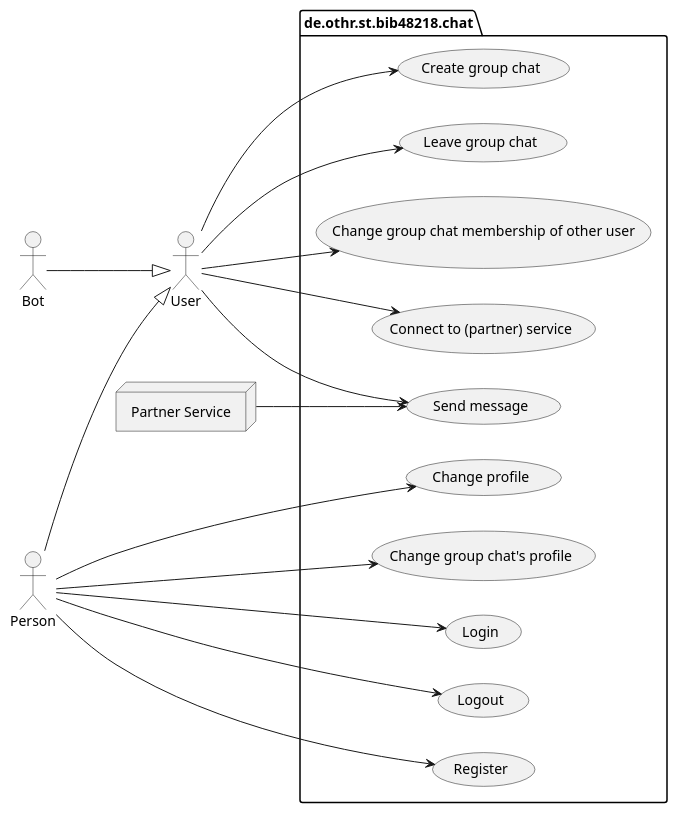
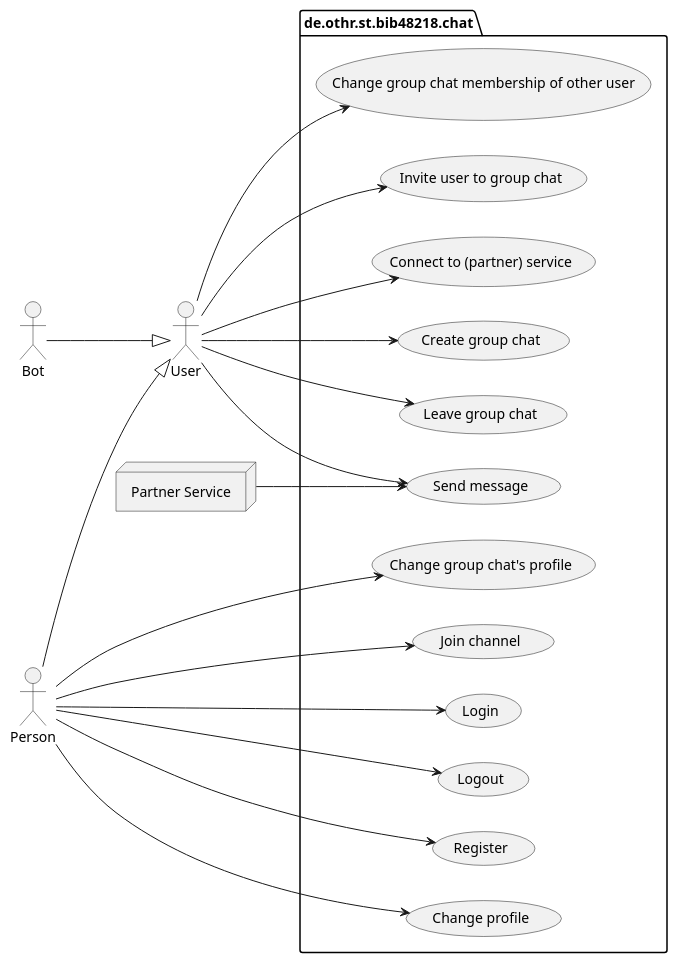
The diagram in src/doc/uml-usecase.puml (bbenno/oth-sw), drawn with PlantUML before and after one commit.

Commit message:
Add chat usecases

```diff
--- a/src/doc/uml-usecase.puml
+++ b/src/doc/uml-usecase.puml
@@ -1,44 +1,48 @@
 @startuml chat-usecase
 skinparam monochrome true
 left to right direction
 
 ' actors
 actor "User" as u
 actor "Person" as p
 actor "Bot" as b
 node "Partner Service" as s
 
 ' actor hierarchy
 p -down-|> u
 b -down-|> u
 
 ' use cases
 package "de.othr.st.bib48218.chat" {
   usecase "Login" as oUC1
   usecase "Logout" as oUC2
   usecase "Register" as oUC3
   usecase "Change profile" as oUC4
 
   usecase "Send message" as mUC
   ' Chating use cases
   usecase "Create group chat" as cUC1
   usecase "Leave group chat" as cUC2
   usecase "Change group chat's profile" as cUC3
   usecase "Change group chat membership of other user" as cUC4
+  usecase "Invite user to group chat" as cUC5
+  usecase "Join channel" as cUC6
   ' Connecting to partners use cases
   usecase "Connect to (partner) service" as pUC
 }
 
 '  link actor User with use cases
 p --> oUC1
 p --> oUC2
 p --> oUC3
 p --> oUC4
 p --> cUC3
+p --> cUC6
 s --> mUC
 u --> mUC
 u --> cUC1
 u --> cUC2
 u --> cUC4
+u --> cUC5
 u --> pUC
 @enduml
```
